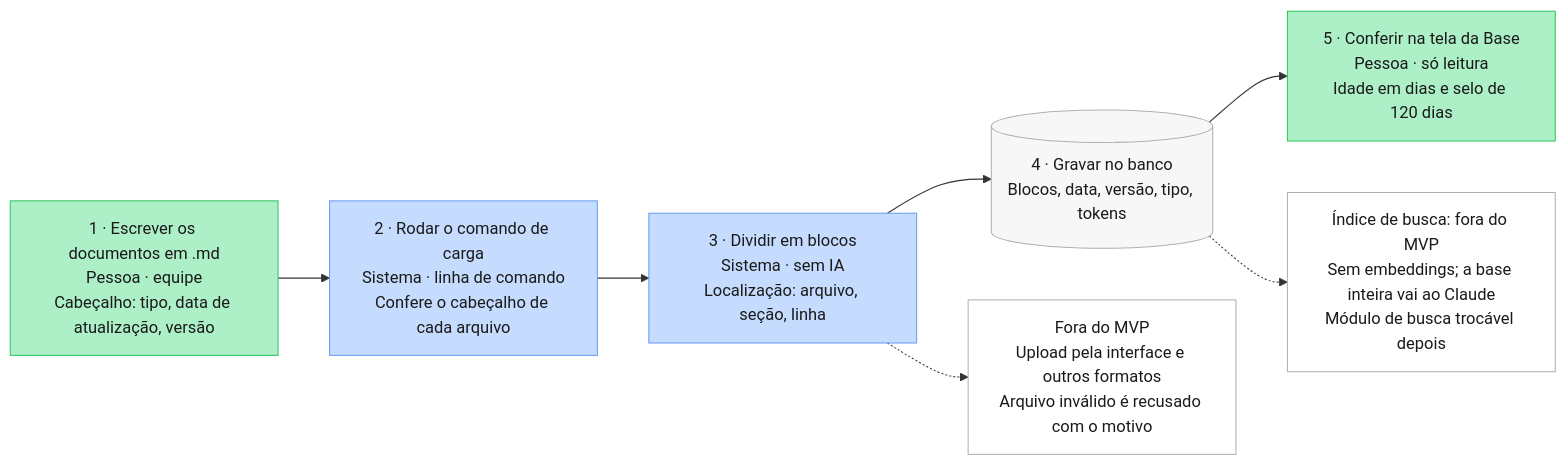
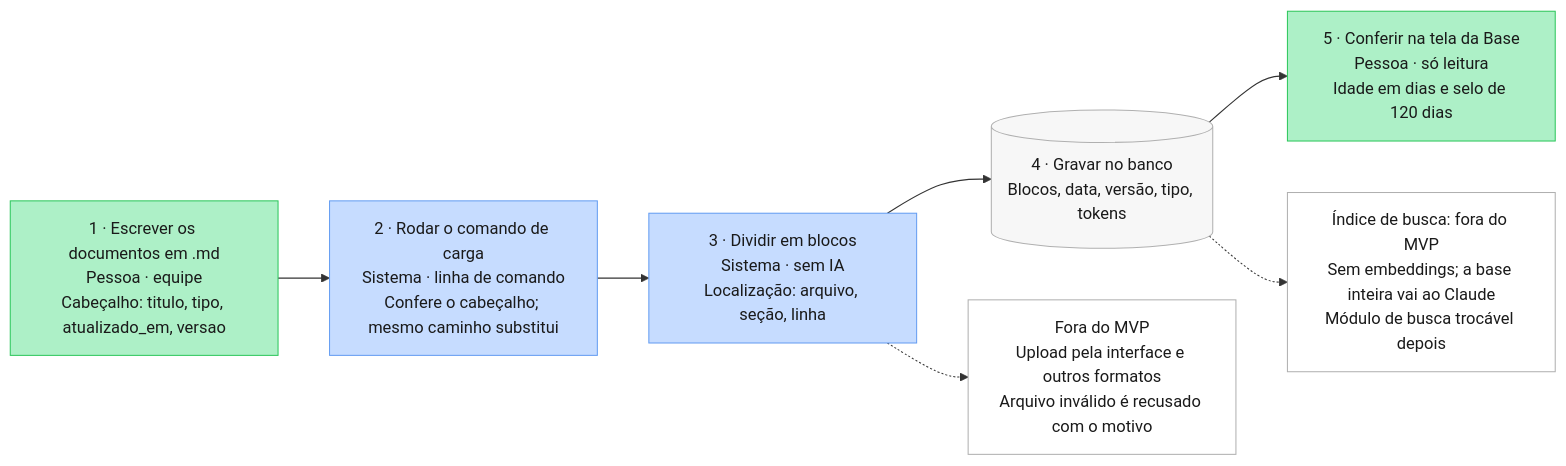
The first of 5 diagrams in docs/PIPELINE_IA_MVP.md (bragarodriguesr/tendra-ai-front), drawn with Mermaid before and after one commit. The commit also changed other lines of this file and 2 other files, not shown here.

First line of the commit message:
Docs: formato do cabeçalho dos .md da base de conhecimento

````diff
--- a/docs/PIPELINE_IA_MVP.md
+++ b/docs/PIPELINE_IA_MVP.md
@@ -32,20 +32,20 @@
 ```mermaid
 flowchart LR
-    A1["1 · Escrever os documentos em .md<br/>Pessoa · equipe<br/>Cabeçalho: tipo, data de atualização, versão"]:::pessoa
-    A2["2 · Rodar o comando de carga<br/>Sistema · linha de comando<br/>Confere o cabeçalho de cada arquivo"]:::sistema
+    A1["1 · Escrever os documentos em .md<br/>Pessoa · equipe<br/>Cabeçalho: titulo, tipo, atualizado_em, versao"]:::pessoa
+    A2["2 · Rodar o comando de carga<br/>Sistema · linha de comando<br/>Confere o cabeçalho; mesmo caminho substitui"]:::sistema
     A3["3 · Dividir em blocos<br/>Sistema · sem IA<br/>Localização: arquivo, seção, linha"]:::sistema
     A4[("4 · Gravar no banco<br/>Blocos, data, versão, tipo, tokens")]:::dados
     A5["5 · Conferir na tela da Base<br/>Pessoa · só leitura<br/>Idade em dias e selo de 120 dias"]:::pessoa
     X1["Fora do MVP<br/>Upload pela interface e outros formatos<br/>Arquivo inválido é recusado com o motivo"]:::excecao
     X2["Índice de busca: fora do MVP<br/>Sem embeddings; a base inteira vai ao Claude<br/>Módulo de busca trocável depois"]:::excecao
 
     A1 --> A2 --> A3 --> A4 --> A5
     A3 -.-> X1
     A4 -.-> X2
 
     classDef pessoa fill:#adf0c7,stroke:#2dc75c,color:#1a1a1a
     classDef sistema fill:#c6dcff,stroke:#659df2,color:#1a1a1a
     classDef ia fill:#dedaff,stroke:#8f7fee,color:#1a1a1a
     classDef dados fill:#f7f7f7,stroke:#b0b0b0,color:#1a1a1a
     classDef excecao fill:#ffffff,stroke:#b0b0b0,color:#1a1a1a
 ```
````
